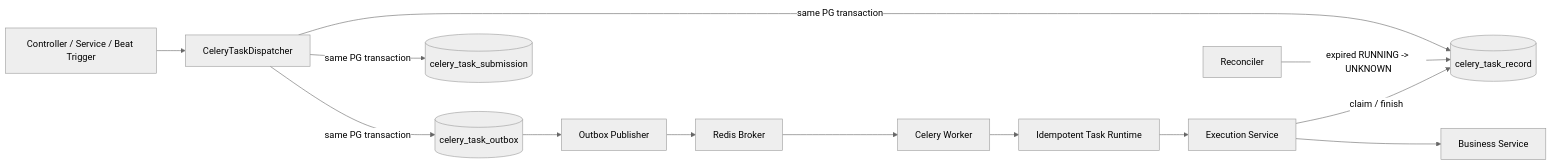
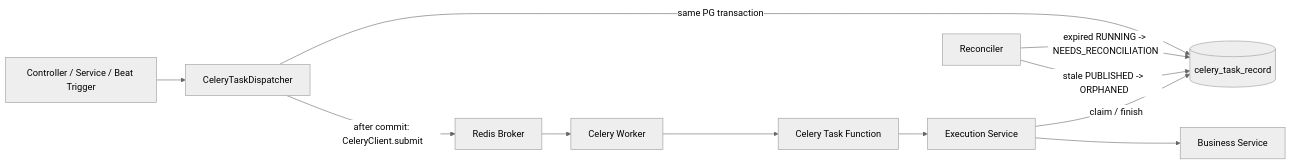
Before and after one commit to lilinzezzzzzz/agent-backend: the diagram in CELERY_IDEMPOTENCY_PG_DESIGN.md, drawn with Mermaid (neutral theme). The commit also changed other lines of this file and 32 other files, not shown here.

````diff
--- a/CELERY_IDEMPOTENCY_PG_DESIGN.md
+++ b/CELERY_IDEMPOTENCY_PG_DESIGN.md
@@ -82,15 +111,13 @@
 ```mermaid
 flowchart LR
     A[Controller / Service / Beat Trigger] --> B[CeleryTaskDispatcher]
     B -->|same PG transaction| C[(celery_task_record)]
-    B -->|same PG transaction| D[(celery_task_submission)]
-    B -->|same PG transaction| E[(celery_task_outbox)]
-    E --> F[Outbox Publisher]
-    F --> G[Redis Broker]
+    B -->|after commit: CeleryClient.submit| G[Redis Broker]
     G --> H[Celery Worker]
-    H --> I[Idempotent Task Runtime]
+    H --> I[Celery Task Function]
     I --> J[Execution Service]
     J -->|claim / finish| C
     J --> K[Business Service]
-    L[Reconciler] -->|expired RUNNING -> UNKNOWN| C
+    L[Reconciler] -->|expired RUNNING -> NEEDS_RECONCILIATION| C
+    L -->|stale PUBLISHED -> ORPHANED| C
 ```
````
